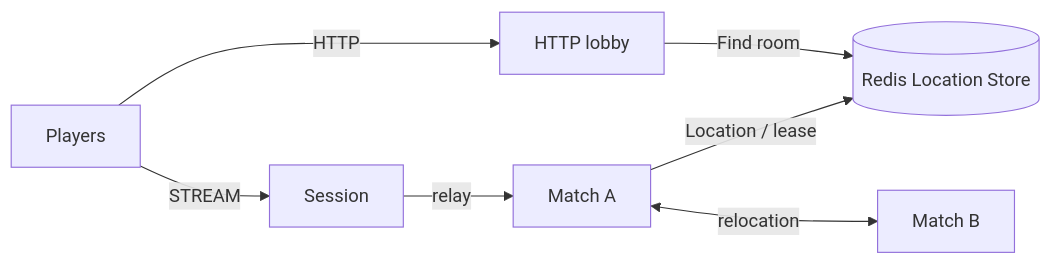
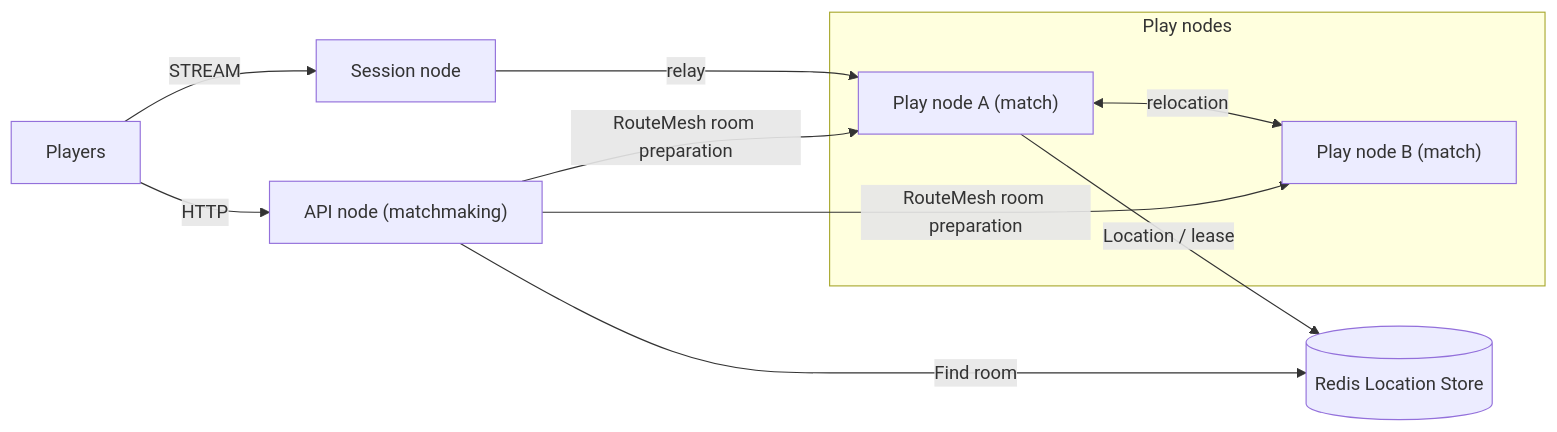
The diagram in framework/languages/dotnet/templates/match-http-lobby/my-game/README.md (zlink-systems/zlink), drawn with Mermaid before and after one commit. The commit also changed other lines of this file and 223 other files, not shown here.

First line of the commit message:
docs(templates): 모든 템플릿의 노드 이름을 Session node · Play node · API node로 (#5350)

````diff
--- a/framework/languages/dotnet/templates/match-http-lobby/my-game/README.md
+++ b/framework/languages/dotnet/templates/match-http-lobby/my-game/README.md
@@ -5,9 +5,15 @@
 ```mermaid
 flowchart LR
-    players[Players] -->|HTTP| lobby[HTTP lobby]
-    players -->|STREAM| session[Session]
-    session -->|relay| matchA[Match A]
+    subgraph playNodes["Play nodes"]
+      matchA["Play node A (match)"]
+      matchB["Play node B (match)"]
+    end
+    players[Players] -->|STREAM| session["Session node"]
+    session -->|relay| matchA
     lobby -->|Find room| location[(Redis Location Store)]
     matchA -->|Location / lease| location
-    matchA <-->|relocation| matchB[Match B]
+    matchA <-->|relocation| matchB
+    players -->|HTTP| lobby["API node (matchmaking)"]
+    lobby -->|RouteMesh room preparation| matchA
+    lobby -->|RouteMesh room preparation| matchB
 ```
````
